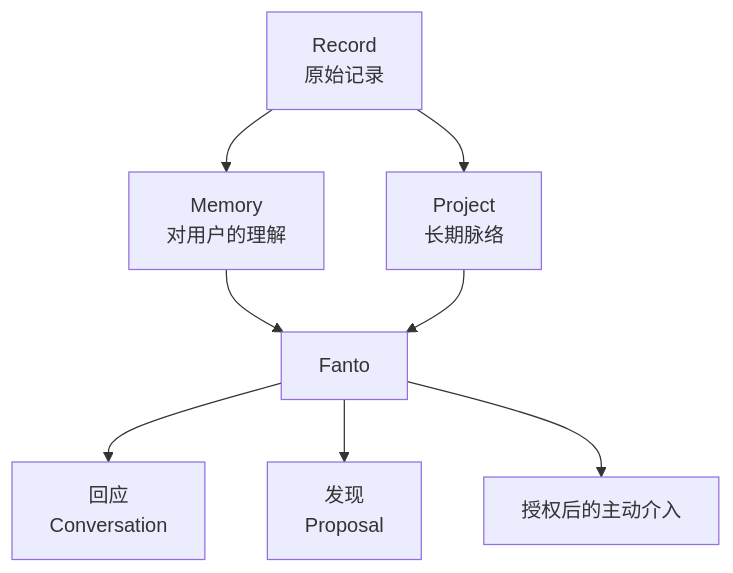
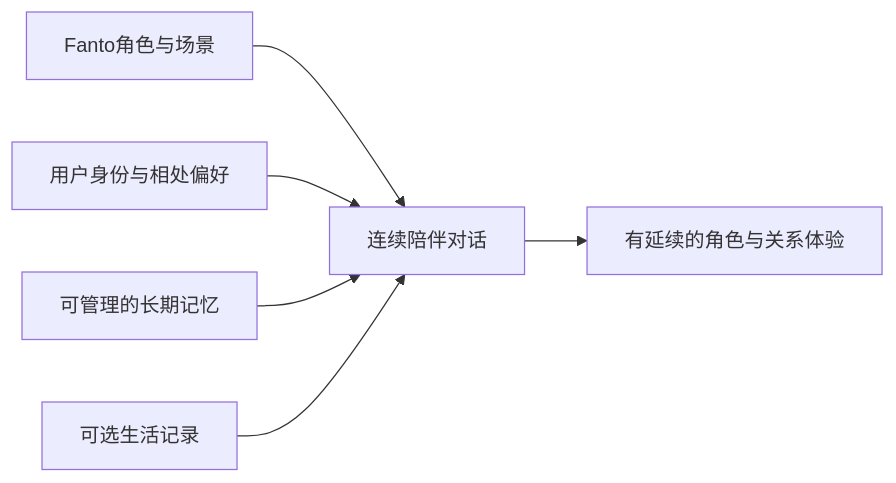
Before and after one commit to huiru-wang/fanto: the diagram in docs/product/vision.md, drawn with Mermaid. The commit also changed other lines of this file and 45 other files, not shown here.

````diff
--- a/docs/product/vision.md
+++ b/docs/product/vision.md
@@ -39,10 +19,8 @@
 ```mermaid
-flowchart TD
-  R[Record<br/>原始记录] --> M[Memory<br/>对用户的理解]
-  R --> C[Project<br/>长期脉络]
-  M --> F[Fanto]
-  C --> F
-  F --> H[回应<br/>Conversation]
-  F --> D[发现<br/>Proposal]
-  F --> P[授权后的主动介入]
+flowchart LR
+  C[Fanto角色与场景] --> D[连续陪伴对话]
+  U[用户身份与相处偏好] --> D
+  M[可管理的长期记忆] --> D
+  R[可选生活记录] --> D
+  D --> E[有延续的角色与关系体验]
 ```
````
